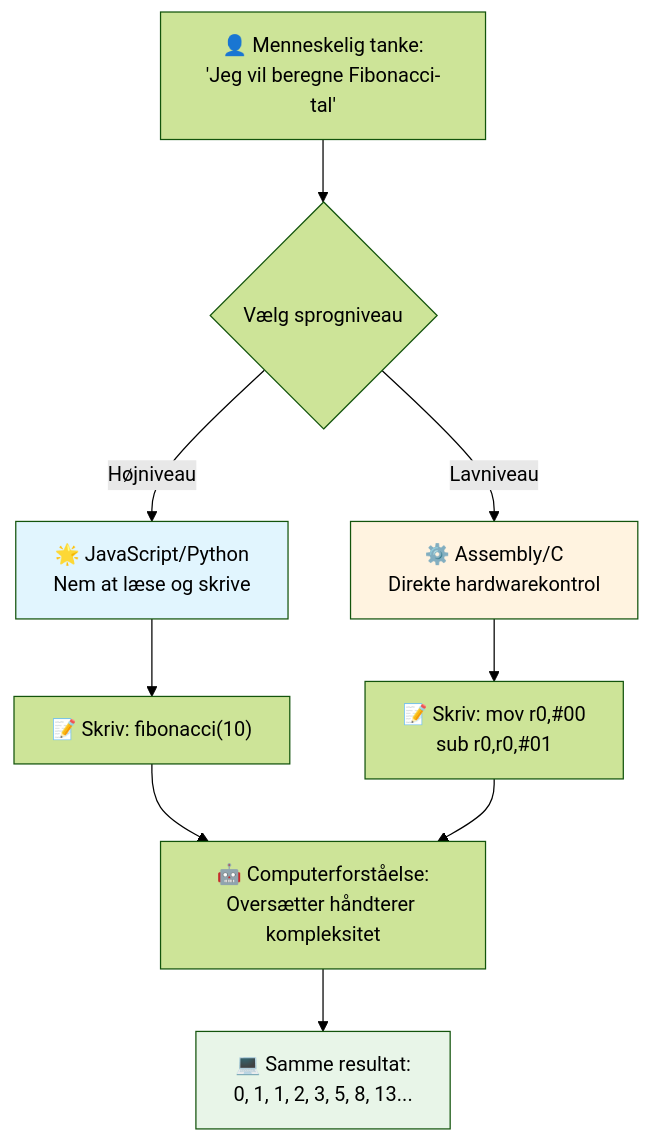
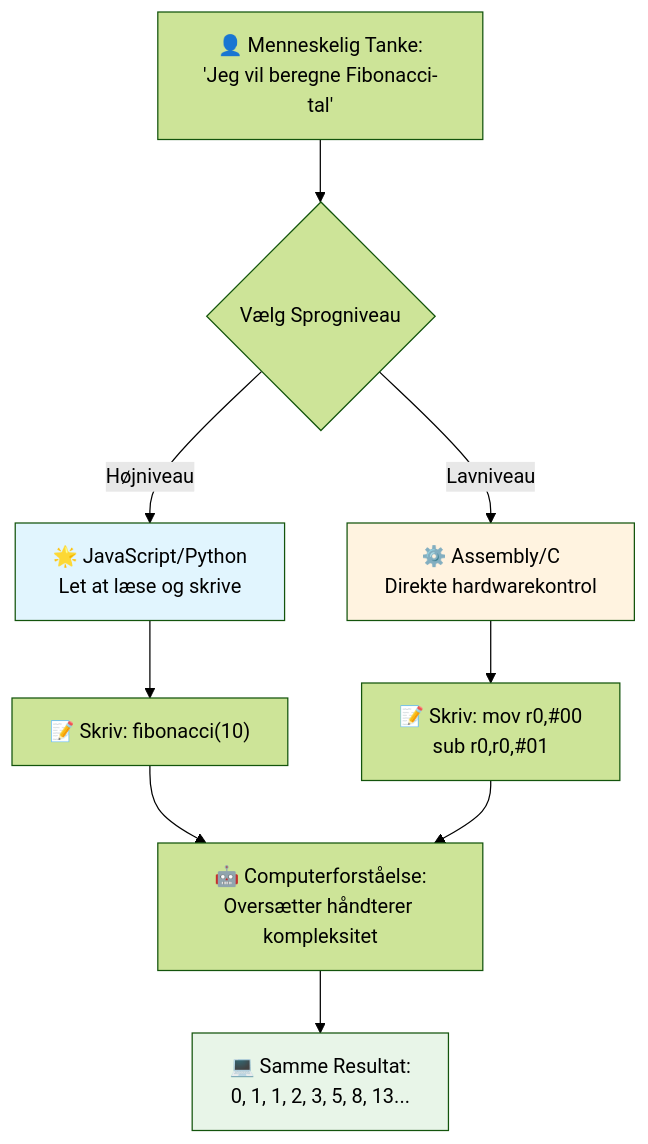
The third of 7 diagrams in translations/da/1-getting-started-lessons/1-intro-to-programming-languages/README.md (microsoft/Web-Dev-For-Beginners), drawn with Mermaid (forest theme) before and after one commit. The commit also changed other lines of this file and 8 other files, not shown here.

````diff
--- a/translations/da/1-getting-started-lessons/1-intro-to-programming-languages/README.md
+++ b/translations/da/1-getting-started-lessons/1-intro-to-programming-languages/README.md
@@ -148,19 +148,19 @@
 ```mermaid
 flowchart TB
-    A["👤 Menneskelig tanke:<br/>'Jeg vil beregne Fibonacci-tal'"] --> B{Vælg sprogniveau}
+    A["👤 Menneskelig Tanke:<br/>'Jeg vil beregne Fibonacci-tal'"] --> B{Vælg Sprogniveau}
     
-    B -->|Højniveau| C["🌟 JavaScript/Python<br/>Nem at læse og skrive"]
+    B -->|Højniveau| C["🌟 JavaScript/Python<br/>Let at læse og skrive"]
     B -->|Lavniveau| D["⚙️ Assembly/C<br/>Direkte hardwarekontrol"]
     
     C --> E["📝 Skriv: fibonacci(10)"]
     D --> F["📝 Skriv: mov r0,#00<br/>sub r0,r0,#01"]
     
     E --> G["🤖 Computerforståelse:<br/>Oversætter håndterer kompleksitet"]
     F --> G
     
-    G --> H["💻 Samme resultat:<br/>0, 1, 1, 2, 3, 5, 8, 13..."]
+    G --> H["💻 Samme Resultat:<br/>0, 1, 1, 2, 3, 5, 8, 13..."]
     
     style C fill:#e1f5fe
     style D fill:#fff3e0
     style H fill:#e8f5e8
 ```
````
